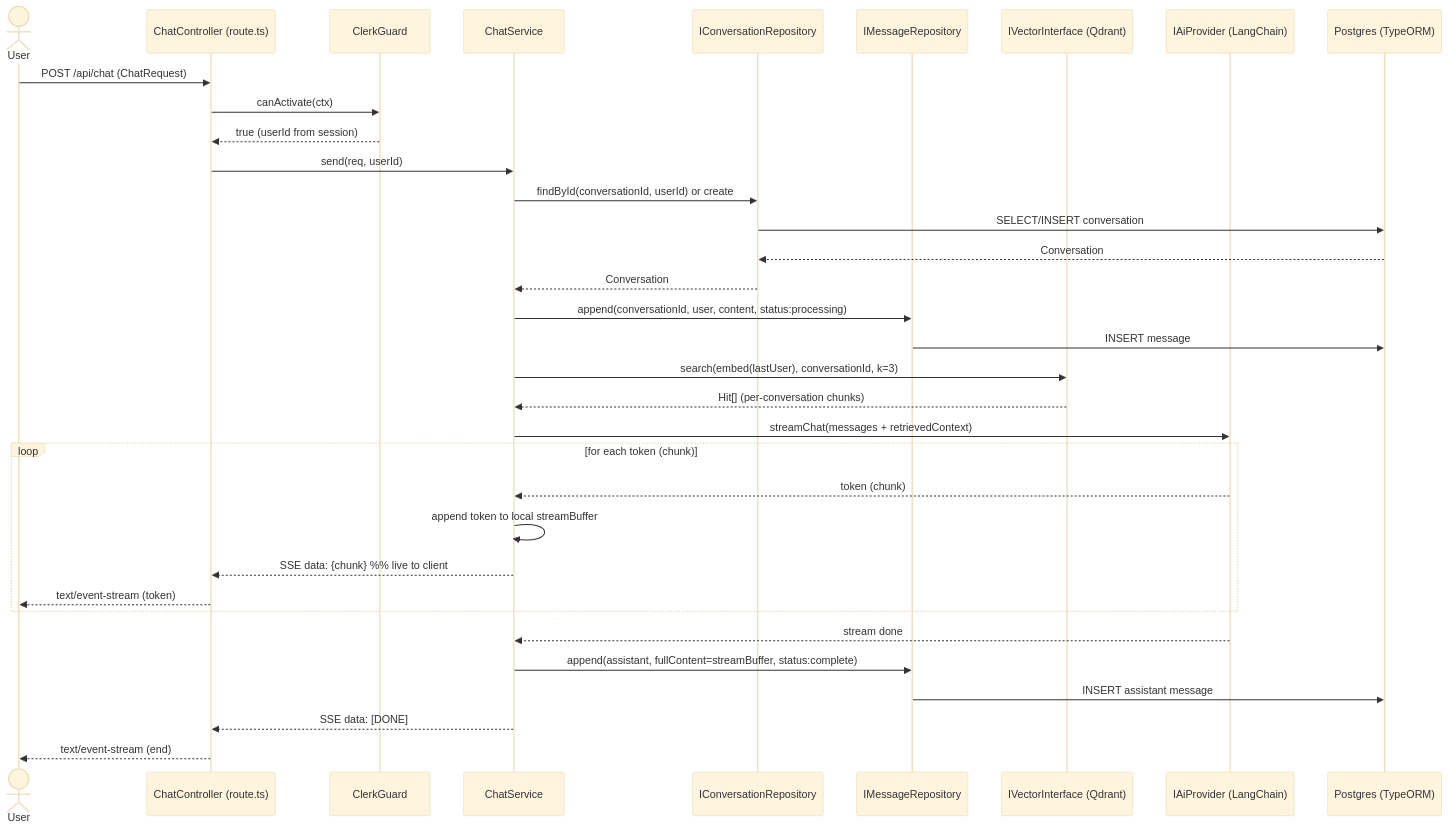
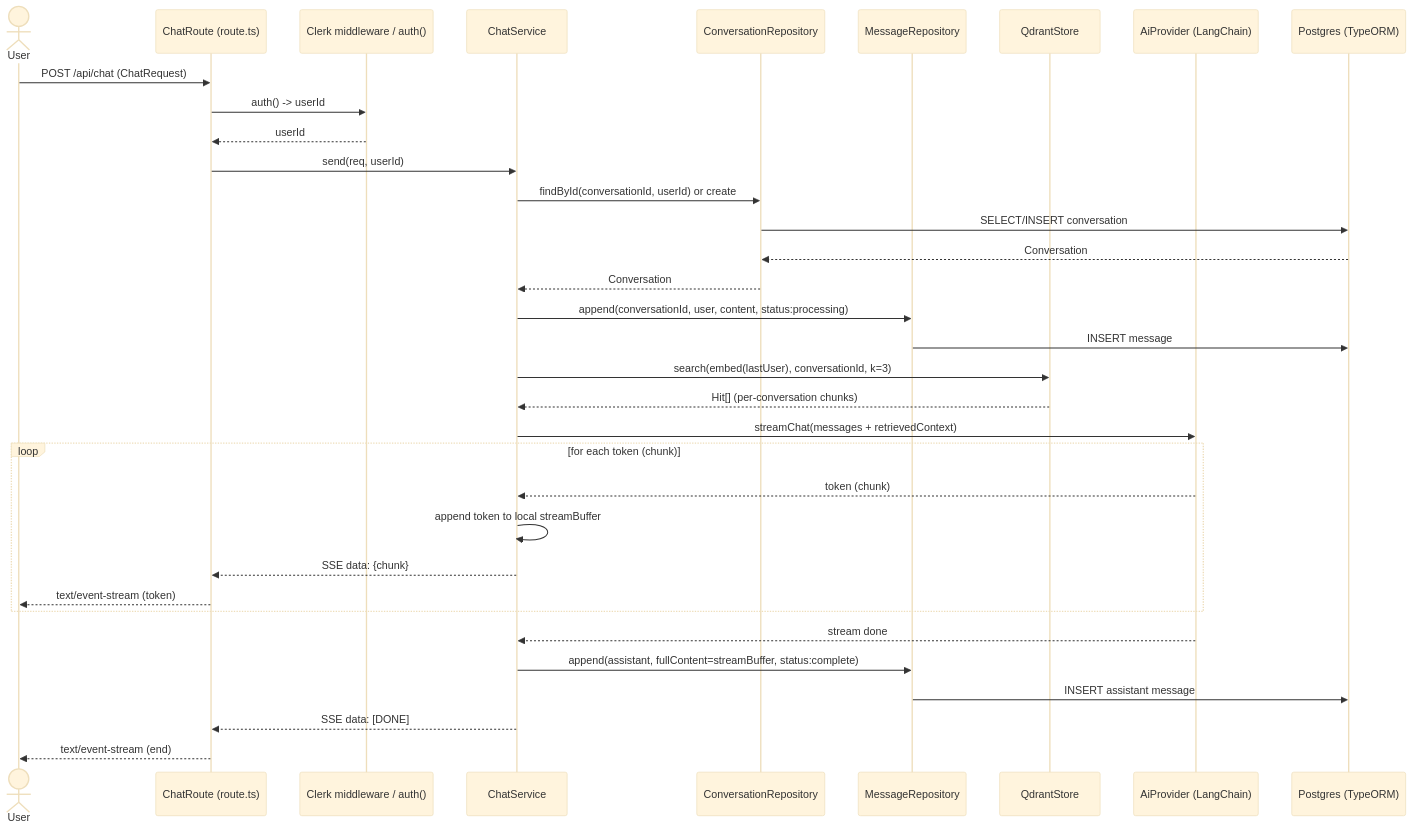
The first of 6 diagrams in _bmad-output/planning-artifacts/03-sequence.md (Glitch-guy0/chaiGPT), drawn with Mermaid (base theme) before and after one commit. The commit also changed other lines of this file and 9 other files, not shown here.

````diff
--- a/_bmad-output/planning-artifacts/03-sequence.md
+++ b/_bmad-output/planning-artifacts/03-sequence.md
@@ -9,39 +9,39 @@
 ```mermaid
 sequenceDiagram
     actor User
-    participant C as ChatController (route.ts)
-    participant G as ClerkGuard
+    participant C as ChatRoute (route.ts)
+    participant AUTH as Clerk middleware / auth()
     participant S as ChatService
-    participant CR as IConversationRepository
-    participant MR as IMessageRepository
-    participant VEC as IVectorInterface (Qdrant)
-    participant AI as IAiProvider (LangChain)
+    participant CR as ConversationRepository
+    participant MR as MessageRepository
+    participant VEC as QdrantStore
+    participant AI as AiProvider (LangChain)
     participant DB as Postgres (TypeORM)
 
     User->>C: POST /api/chat (ChatRequest)
-    C->>G: canActivate(ctx)
-    G-->>C: true (userId from session)
+    C->>AUTH: auth() -> userId
+    AUTH-->>C: userId
     C->>S: send(req, userId)
     S->>CR: findById(conversationId, userId) or create
     CR->>DB: SELECT/INSERT conversation
     DB-->>CR: Conversation
     CR-->>S: Conversation
     S->>MR: append(conversationId, user, content, status:processing)
     MR->>DB: INSERT message
     S->>VEC: search(embed(lastUser), conversationId, k=3)
     VEC-->>S: Hit[] (per-conversation chunks)
 
     S->>AI: streamChat(messages + retrievedContext)
     loop for each token (chunk)
         AI-->>S: token (chunk)
         S->>S: append token to local streamBuffer
-        S-->>C: SSE data: {chunk}        %% live to client
+        S-->>C: SSE data: {chunk}
         C-->>User: text/event-stream (token)
     end
     AI-->>S: stream done
 
     S->>MR: append(assistant, fullContent=streamBuffer, status:complete)
     MR->>DB: INSERT assistant message
     S-->>C: SSE data: [DONE]
     C-->>User: text/event-stream (end)
 ```
````
